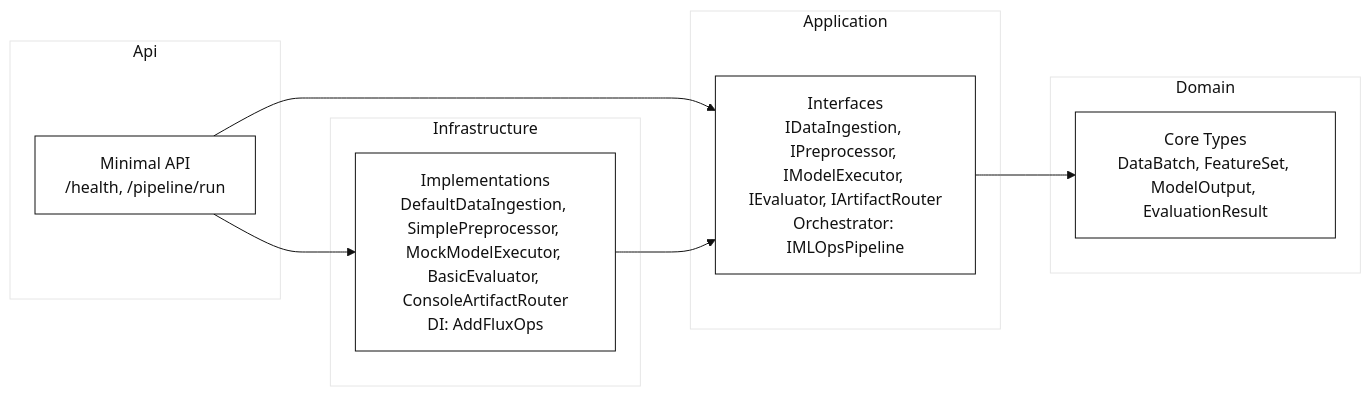
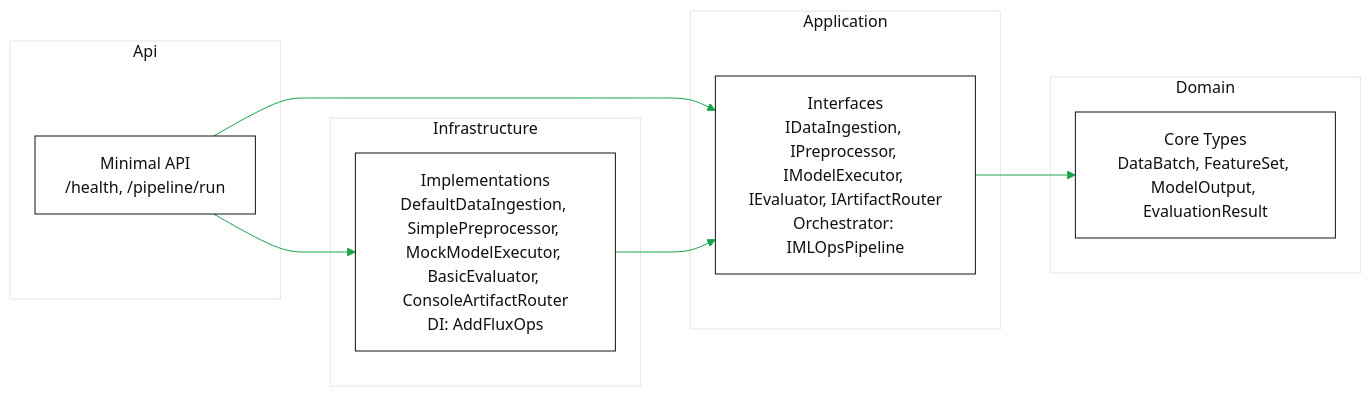
Before and after one commit to drewbai/fluxOps-dotNet: the diagram in docs/diagrams/architecture.md, drawn with Mermaid. The commit also changed 1 other file, not shown here.

Commit message:
fix lines in mermaid docs

````diff
--- a/docs/diagrams/architecture.md
+++ b/docs/diagrams/architecture.md
@@ -6,21 +6,21 @@
 ```mermaid
-%%{init: {"theme": "base", "themeVariables": {"background": "#ffffff", "textColor": "#111111", "primaryTextColor": "#111111", "secondaryTextColor": "#111111", "tertiaryTextColor": "#111111", "primaryColor": "#ffffff", "lineColor": "#111111", "nodeBorder": "#111111"}, "flowchart": {"htmlLabels": false} } }%%
+%%{init: {"theme": "base", "themeVariables": {"background": "#ffffff", "textColor": "#111111", "primaryTextColor": "#111111", "secondaryTextColor": "#111111", "tertiaryTextColor": "#111111", "primaryColor": "#ffffff", "lineColor": "#16a34a", "nodeBorder": "#111111"}, "flowchart": {"htmlLabels": false} } }%%
 flowchart LR
     subgraph Domain
         D[Core Types\nDataBatch, FeatureSet, ModelOutput, EvaluationResult]
     end
     subgraph Application
         A[Interfaces\nIDataIngestion, IPreprocessor, IModelExecutor, IEvaluator, IArtifactRouter\nOrchestrator: IMLOpsPipeline]
     end
     subgraph Infrastructure
         I[Implementations\nDefaultDataIngestion, SimplePreprocessor, MockModelExecutor, BasicEvaluator, ConsoleArtifactRouter\nDI: AddFluxOps]
     end
     subgraph Api
         P[Minimal API\n/health, /pipeline/run]
     end
 
     P --> A
     P --> I
     I --> A
     A --> D
 ```
````
